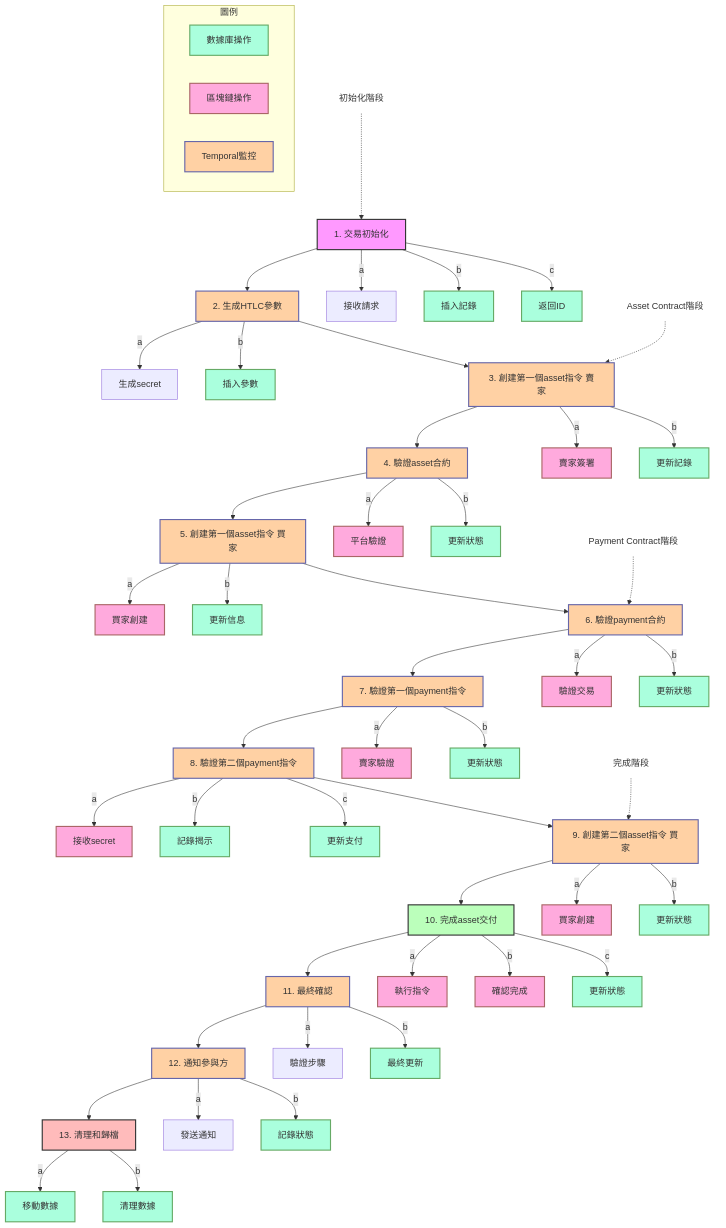
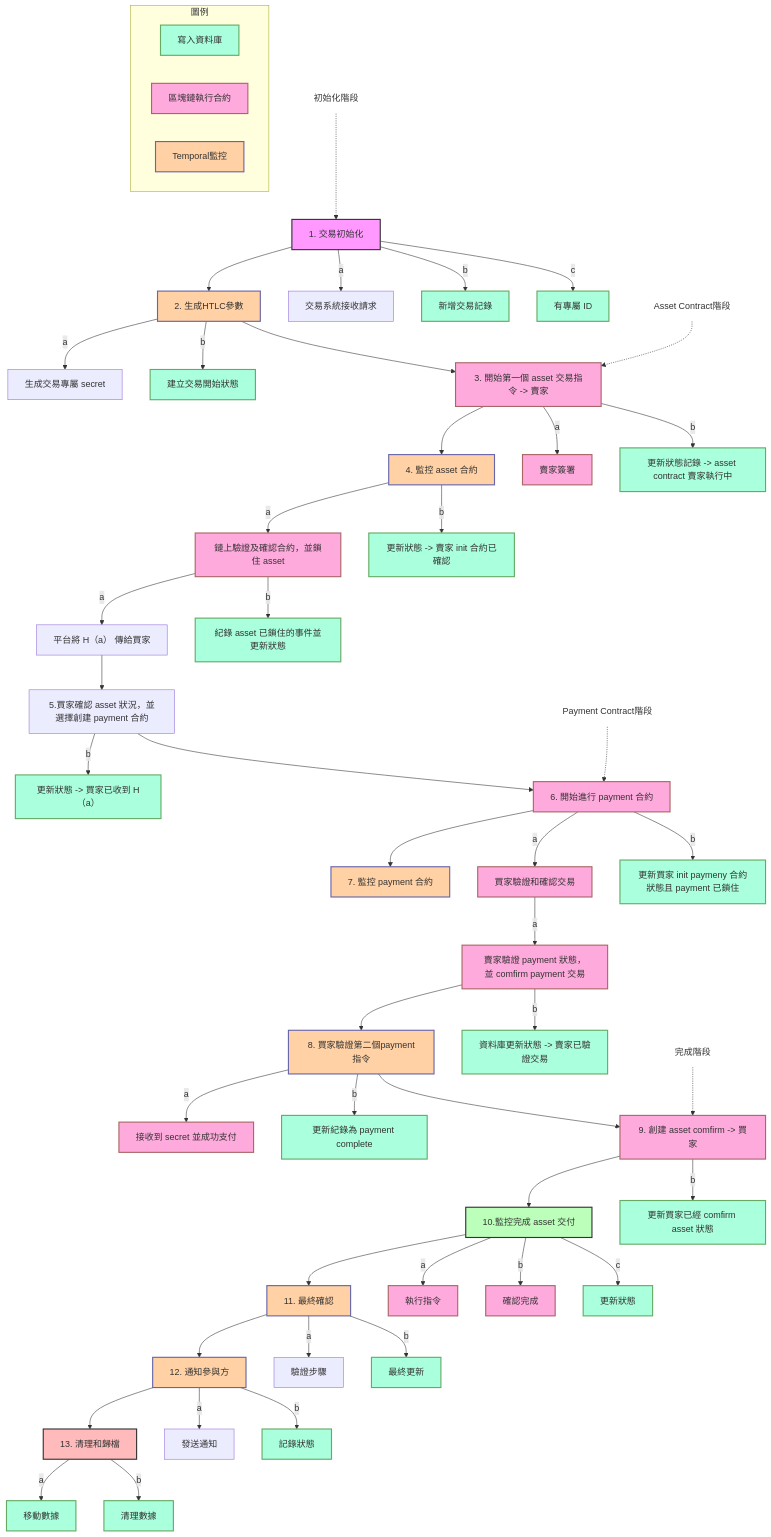
Before and after one commit to poyang1024/HTLC-monitor: the diagram in README.md, drawn with Mermaid.

Commit message:
📝 Update README.md

````diff
--- a/README.md
+++ b/README.md
@@ -98,81 +98,80 @@
 ```mermaid
 graph TD
     %% 初始化階段
     A[1. 交易初始化]:::temporal --> B[2. 生成HTLC參數]:::temporal
-    A --> |a| A1[接收請求]
-    A --> |b| A2[插入記錄]:::db
-    A --> |c| A3[返回ID]:::db
-    B --> |a| B1[生成secret]
-    B --> |b| B2[插入參數]:::db
+    A --> |a| A1[交易系統接收請求]
+    A --> |b| A2[新增交易記錄]:::db
+    A --> |c| A3[有專屬 ID]:::db
+    B --> |a| B1[生成交易專屬 secret]
+    B --> |b| B2[建立交易開始狀態]:::db
 
     %% Asset Contract階段
-    B --> C[3. 創建第一個asset指令 賣家]:::temporal
-    C --> D[4. 驗證asset合約]:::temporal
-    D --> E[5. 創建第一個asset指令 買家]:::temporal
+    B --> C[3. 開始第一個 asset 交易指令 -> 賣家]:::blockchain
+    C --> D[4. 監控 asset 合約]:::temporal
     C --> |a| C1[賣家簽署]:::blockchain
-    C --> |b| C2[更新記錄]:::db
-    D --> |a| D1[平台驗證]:::blockchain
-    D --> |b| D2[更新狀態]:::db
-    E --> |a| E1[買家創建]:::blockchain
-    E --> |b| E2[更新信息]:::db
+    C --> |b| C2[更新狀態記錄 -> asset contract 賣家執行中]:::db
+    D --> |a| D1[鏈上驗證及確認合約，並鎖住 asset]:::blockchain
+    D1 --> |a| D3[平台將 H（a） 傳給買家]
+    D1 --> |b| D4[紀錄 asset 已鎖住的事件並更新狀態]:::db
+    D3 --> E[5.買家確認 asset 狀況，並選擇創建 payment 合約]
+    D --> |b| D2[更新狀態 -> 賣家 init 合約已確認]:::db
+    E --> |b| E2[更新狀態 -> 買家已收到 H（a）]:::db
 
     %% Payment Contract階段
-    E --> F[6. 驗證payment合約]:::temporal
-    F --> G[7. 驗證第一個payment指令]:::temporal
-    G --> H[8. 驗證第二個payment指令]:::temporal
-    F --> |a| F1[驗證交易]:::blockchain
-    F --> |b| F2[更新狀態]:::db
-    G --> |a| G1[賣家驗證]:::blockchain
-    G --> |b| G2[更新狀態]:::db
-    H --> |a| H1[接收secret]:::blockchain
-    H --> |b| H2[記錄揭示]:::db
-    H --> |c| H3[更新支付]:::db
+    E --> F[6. 開始進行 payment 合約]:::blockchain
+    F --> G[7. 監控 payment 合約]:::temporal
+    G1 --> H[8. 買家驗證第二個payment指令]:::temporal
+    F --> |a| F1[買家驗證和確認交易]:::blockchain
+    F --> |b| F2[更新買家 init paymeny 合約狀態且 payment 已鎖住]:::db
+    F1 --> |a| G1[賣家驗證 payment 狀態，並 comfirm payment 交易]:::blockchain
+    G1 --> |b| G2[資料庫更新狀態 -> 賣家已驗證交易]:::db
+    H --> |a| H1[接收到 secret 並成功支付]:::blockchain
+    H --> |b| H2[更新紀錄為 payment complete]:::db
 
     %% 完成階段
-    H --> I[9. 創建第二個asset指令 買家]:::temporal
-    I --> J[10. 完成asset交付]:::temporal
+    H --> I[9. 創建 asset comfirm -> 買家]:::blockchain
+    I --> J[10.監控完成 asset 交付]:::temporal
     J --> K[11. 最終確認]:::temporal
     K --> L[12. 通知參與方]:::temporal
     L --> M[13. 清理和歸檔]:::temporal
-    I --> |a| I1[買家創建]:::blockchain
-    I --> |b| I2[更新狀態]:::db
+    I --> |b| I2[更新買家已經 comfirm asset 狀態]:::db
     J --> |a| J1[執行指令]:::blockchain
     J --> |b| J2[確認完成]:::blockchain
     J --> |c| J3[更新狀態]:::db
     K --> |a| K1[驗證步驟]
     K --> |b| K2[最終更新]:::db
     L --> |a| L1[發送通知]
     L --> |b| L2[記錄狀態]:::db
     M --> |a| M1[移動數據]:::db
     M --> |b| M2[清理數據]:::db
 
     %% 階段標籤
     Init[初始化階段]
     Asset[Asset Contract階段]
     Payment[Payment Contract階段]
     Finish[完成階段]
 
     %% 階段連接
     Init -.-> A
     Asset -.-> C
     Payment -.-> F
     Finish -.-> I
 
     classDef db fill:#afd,stroke:#6a6,stroke-width:2px;
     classDef blockchain fill:#fad,stroke:#a66,stroke-width:2px;
     classDef temporal fill:#FFD1A4,stroke:#66a,stroke-width:2px;
     classDef label fill:none,stroke:none;
     
     class Init,Asset,Payment,Finish label;
 
     style A fill:#f9f,stroke:#333,stroke-width:2px
     style J fill:#bfb,stroke:#333,stroke-width:2px
     style M fill:#fbb,stroke:#333,stroke-width:2px
 
     %% 圖例
     subgraph 圖例
-    DB[數據庫操作]:::db
-    BC[區塊鏈操作]:::blockchain
+    DB[寫入資料庫]:::db
+    BC[區塊鏈執行合約]:::blockchain
     TM[Temporal監控]:::temporal
     end
 ```
````
